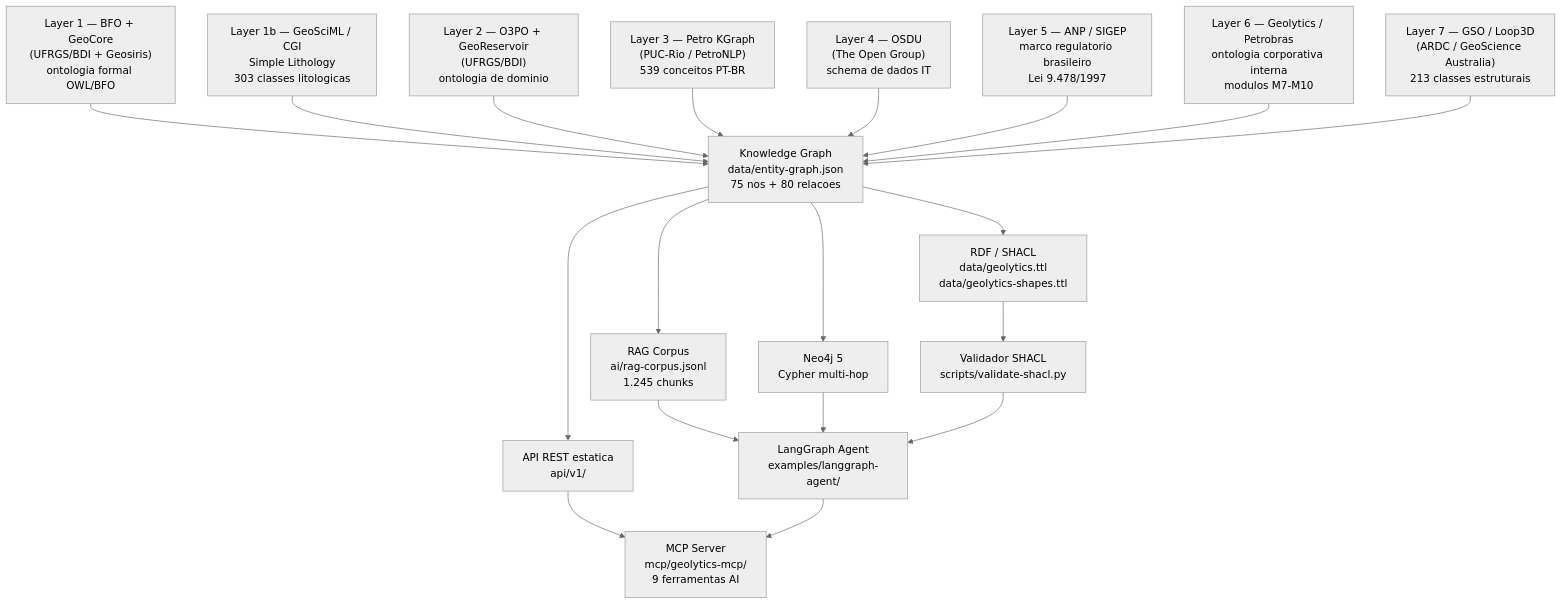
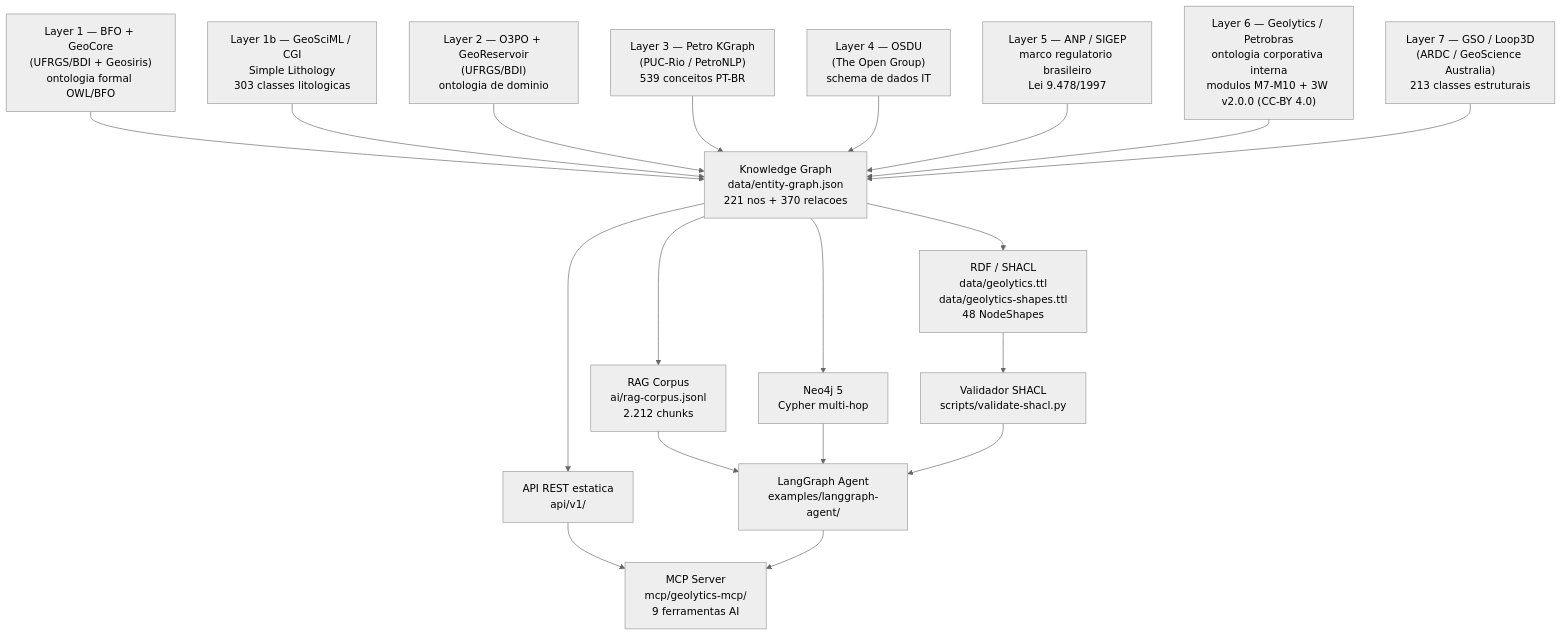
One commit to thiagoflc/geolytics-dictionary changed the first of 4 diagrams in docs/ARCHITECTURE.md. Above: the diagram before and after it, drawn with Mermaid (neutral theme). The commit also changed other lines of this file and 8 other files, not shown here.

````diff
--- a/docs/ARCHITECTURE.md
+++ b/docs/ARCHITECTURE.md
@@ -11,32 +11,32 @@
 ```mermaid
 graph TD
     L1["Layer 1 — BFO + GeoCore<br/>(UFRGS/BDI + Geosiris)<br/>ontologia formal OWL/BFO"]
     L1B["Layer 1b — GeoSciML / CGI<br/>Simple Lithology<br/>303 classes litologicas"]
     L2["Layer 2 — O3PO + GeoReservoir<br/>(UFRGS/BDI)<br/>ontologia de dominio"]
     L3["Layer 3 — Petro KGraph<br/>(PUC-Rio / PetroNLP)<br/>539 conceitos PT-BR"]
     L4["Layer 4 — OSDU<br/>(The Open Group)<br/>schema de dados IT"]
     L5["Layer 5 — ANP / SIGEP<br/>marco regulatorio brasileiro<br/>Lei 9.478/1997"]
-    L6["Layer 6 — Geolytics / Petrobras<br/>ontologia corporativa interna<br/>modulos M7-M10"]
+    L6["Layer 6 — Geolytics / Petrobras<br/>ontologia corporativa interna<br/>modulos M7-M10 + 3W v2.0.0 (CC-BY 4.0)"]
     L7["Layer 7 — GSO / Loop3D<br/>(ARDC / GeoScience Australia)<br/>213 classes estruturais"]
 
-    L1 --> KG["Knowledge Graph<br/>data/entity-graph.json<br/>75 nos + 80 relacoes"]
+    L1 --> KG["Knowledge Graph<br/>data/entity-graph.json<br/>221 nos + 370 relacoes"]
     L1B --> KG
     L2 --> KG
     L3 --> KG
     L4 --> KG
     L5 --> KG
     L6 --> KG
     L7 --> KG
 
     KG --> API["API REST estatica<br/>api/v1/"]
-    KG --> RAG["RAG Corpus<br/>ai/rag-corpus.jsonl<br/>1.245 chunks"]
+    KG --> RAG["RAG Corpus<br/>ai/rag-corpus.jsonl<br/>2.212 chunks"]
     KG --> NEO["Neo4j 5<br/>Cypher multi-hop"]
-    KG --> TTL["RDF / SHACL<br/>data/geolytics.ttl<br/>data/geolytics-shapes.ttl"]
+    KG --> TTL["RDF / SHACL<br/>data/geolytics.ttl<br/>data/geolytics-shapes.ttl<br/>48 NodeShapes"]
 
     API --> MCP["MCP Server<br/>mcp/geolytics-mcp/<br/>9 ferramentas AI"]
     RAG --> AGENT["LangGraph Agent<br/>examples/langgraph-agent/"]
     NEO --> AGENT
     TTL --> SHACL["Validador SHACL<br/>scripts/validate-shacl.py"]
     SHACL --> AGENT
     AGENT --> MCP
 ```
````
